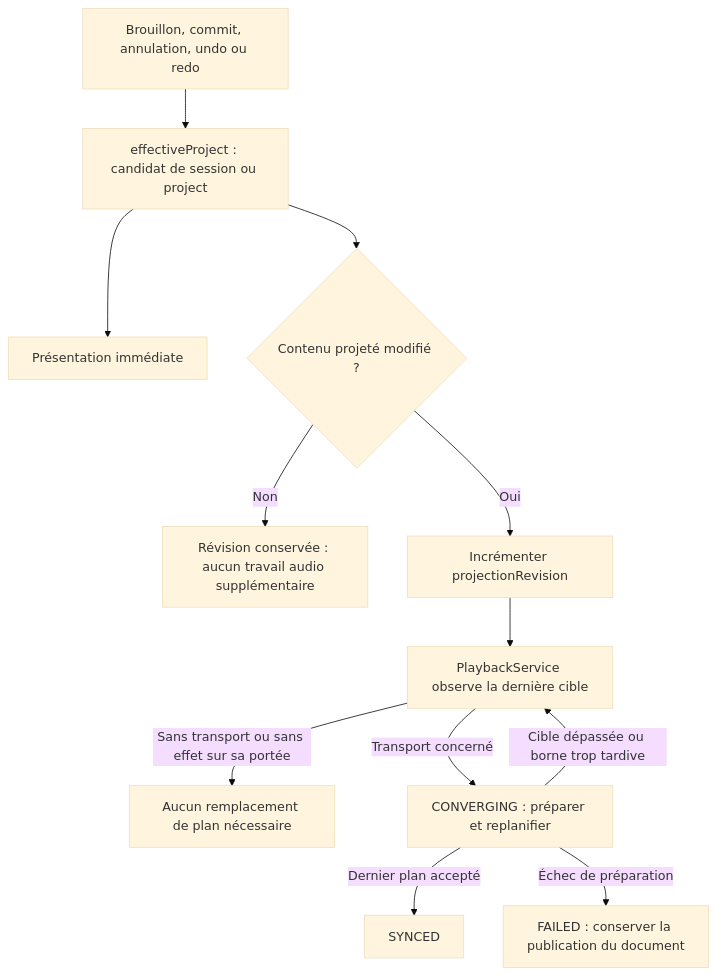
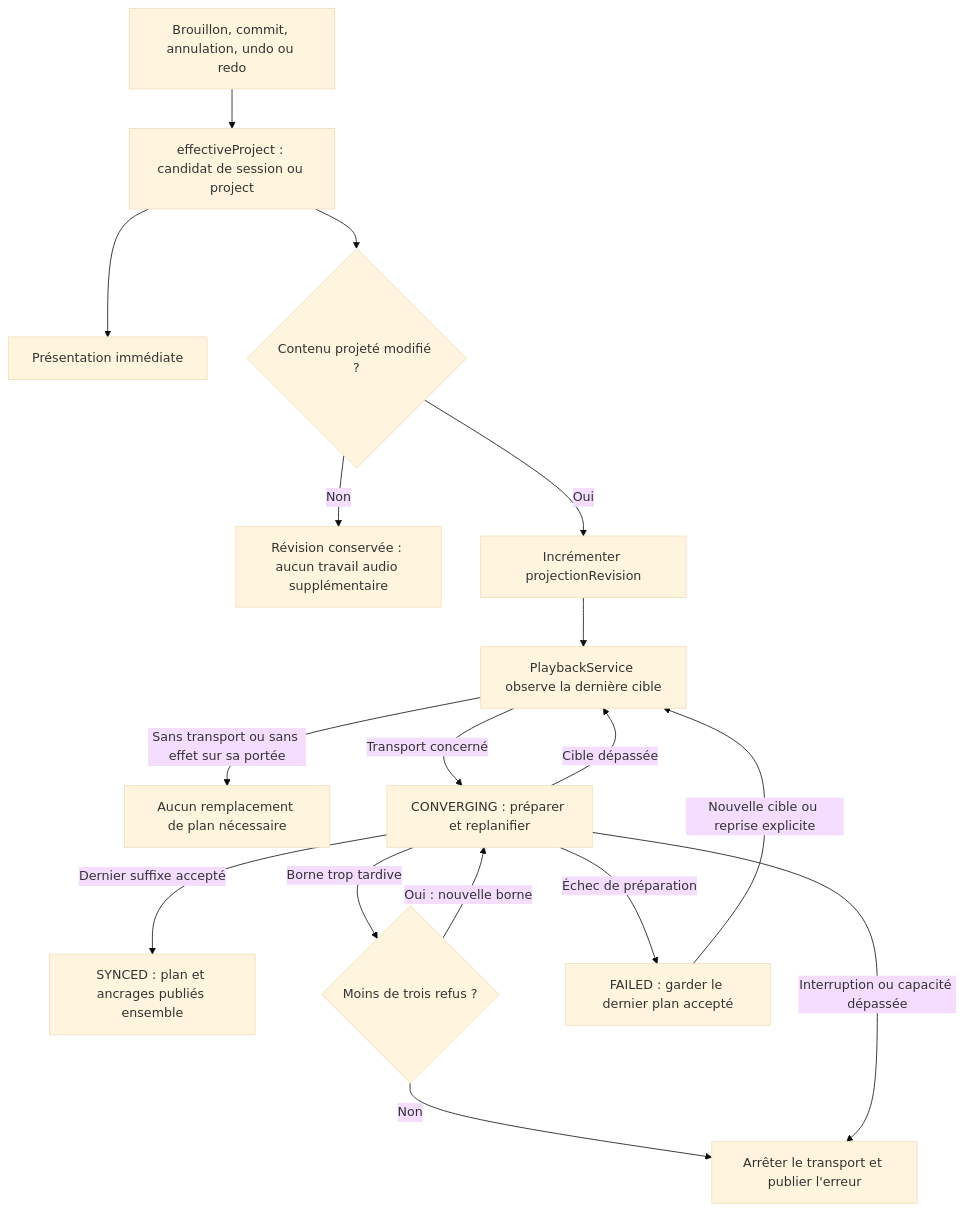
The fifth of 7 diagrams in architecture.md (LucasBertrand/pianola-doc), drawn with Mermaid (base theme) before and after one commit. The commit also changed other lines of this file and 1 other file, not shown here.

````diff
--- a/architecture.md
+++ b/architecture.md
@@ -997,14 +1080,19 @@
 ```mermaid
 flowchart TD
     Publish["Brouillon, commit, annulation, undo ou redo"] --> Projection["effectiveProject : candidat de session ou project"]
     Projection --> View["Présentation immédiate"]
     Projection --> Revision{"Contenu projeté modifié ?"}
     Revision -->|Non| Unchanged["Révision conservée : aucun travail audio supplémentaire"]
     Revision -->|Oui| Target["Incrémenter projectionRevision"]
     Target --> Playback["PlaybackService observe la dernière cible"]
     Playback -->|Sans transport ou sans effet sur sa portée| Skip["Aucun remplacement de plan nécessaire"]
     Playback -->|Transport concerné| Plan["CONVERGING : préparer et replanifier"]
-    Plan -->|Dernier plan accepté| Synced["SYNCED"]
-    Plan -->|Cible dépassée ou borne trop tardive| Playback
-    Plan -->|Échec de préparation| Failed["FAILED : conserver la publication du document"]
+    Plan -->|Dernier suffixe accepté| Synced["SYNCED : plan et ancrages publiés ensemble"]
+    Plan -->|Cible dépassée| Playback
+    Plan -->|Borne trop tardive| Retry{"Moins de trois refus ?"}
+    Retry -->|Oui : nouvelle borne| Plan
+    Retry -->|Non| Stop["Arrêter le transport et publier l'erreur"]
+    Plan -->|Échec de préparation| Failed["FAILED : garder le dernier plan accepté"]
+    Failed -->|Nouvelle cible ou reprise explicite| Playback
+    Plan -->|Interruption ou capacité dépassée| Stop
 ```
````
